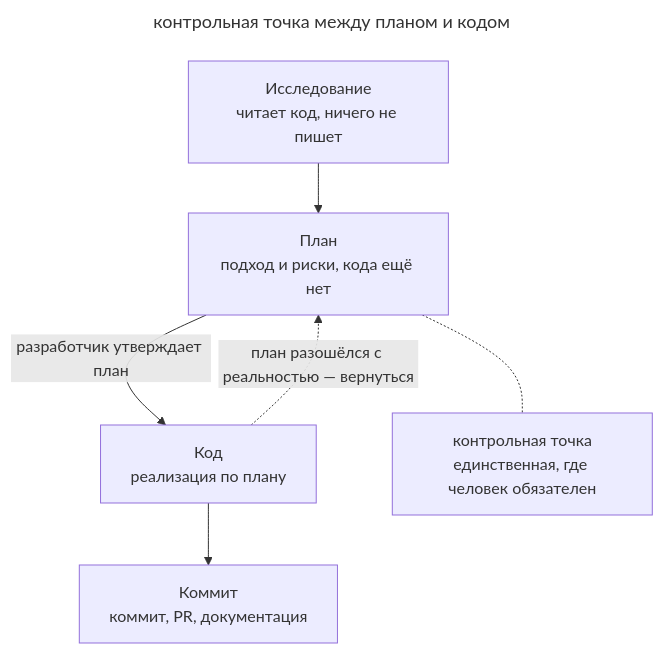
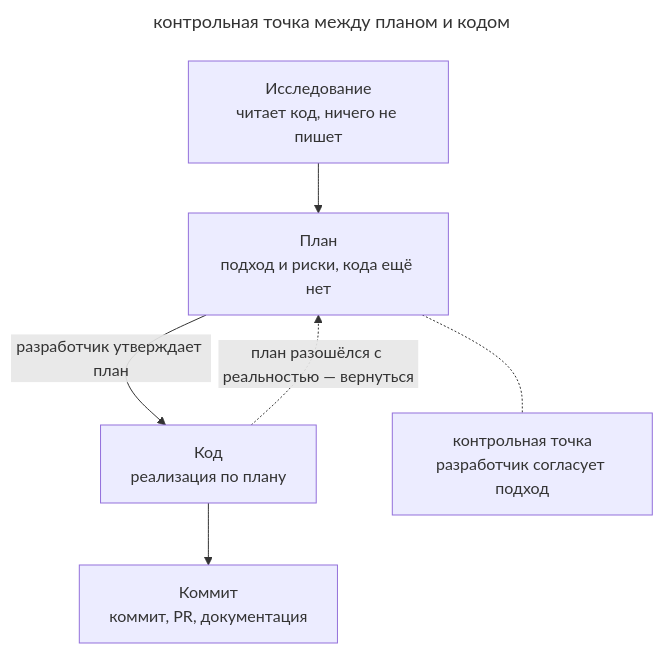
The diagram in book/ru/explore-plan-code-commit.md (Rastavelli/agentic-coding-design-patterns), drawn with Mermaid before and after one commit. The commit also changed 24 other files, not shown here.

Commit message:
docs: finish Russian prose review and align diagram captions

````diff
--- a/book/ru/explore-plan-code-commit.md
+++ b/book/ru/explore-plan-code-commit.md
@@ -35,16 +35,16 @@
 ```mermaid
 ---
 title: контрольная точка между планом и кодом
 ---
 flowchart TB
   explore["Исследование<br/>читает код, ничего не пишет"]
   plan["План<br/>подход и риски, кода ещё нет"]
   code["Код<br/>реализация по плану"]
   commit["Коммит<br/>коммит, PR, документация"]
   explore --> plan
   plan -- "разработчик утверждает план" --> code
   code --> commit
   code -. "план разошёлся с реальностью — вернуться" .-> plan
-  gate["контрольная точка<br/>единственная, где человек обязателен"]:::warn
+  gate["контрольная точка<br/>разработчик согласует подход"]:::warn
   plan -.- gate
 ```
````
